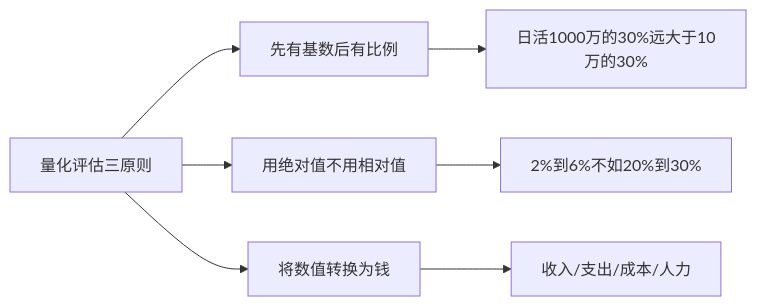
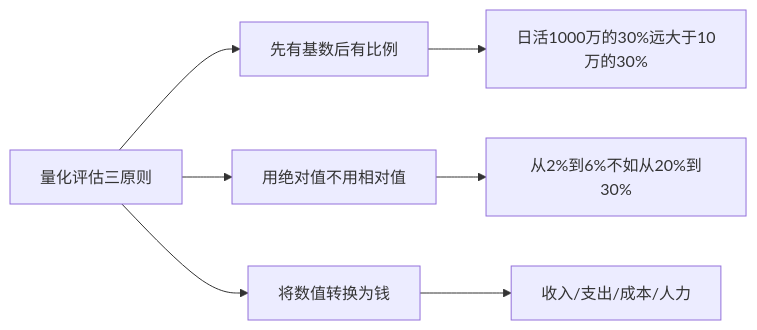
One commit to chongyang211/YCBookBlog changed the eighth of 11 diagrams in 10.自我进阶提升书/06.语言沟通的演进/6.5演示幻灯片提升.md. Above: the diagram before and after it, drawn with Mermaid. The commit also changed other lines of this file and 8 other files, not shown here.

````diff
--- a/10.自我进阶提升书/06.语言沟通的演进/6.5演示幻灯片提升.md
+++ b/10.自我进阶提升书/06.语言沟通的演进/6.5演示幻灯片提升.md
@@ -144,9 +195,9 @@
 ```mermaid
 graph LR
     A[量化评估三原则] --> B[先有基数后有比例]
     A --> C[用绝对值不用相对值]
     A --> D[将数值转换为钱]
     B --> B1[日活1000万的30%远大于10万的30%]
-    C --> C1[2%到6%不如20%到30%]
+    C --> C1[从2%到6%不如从20%到30%]
     D --> D1[收入/支出/成本/人力]
 ```
````
